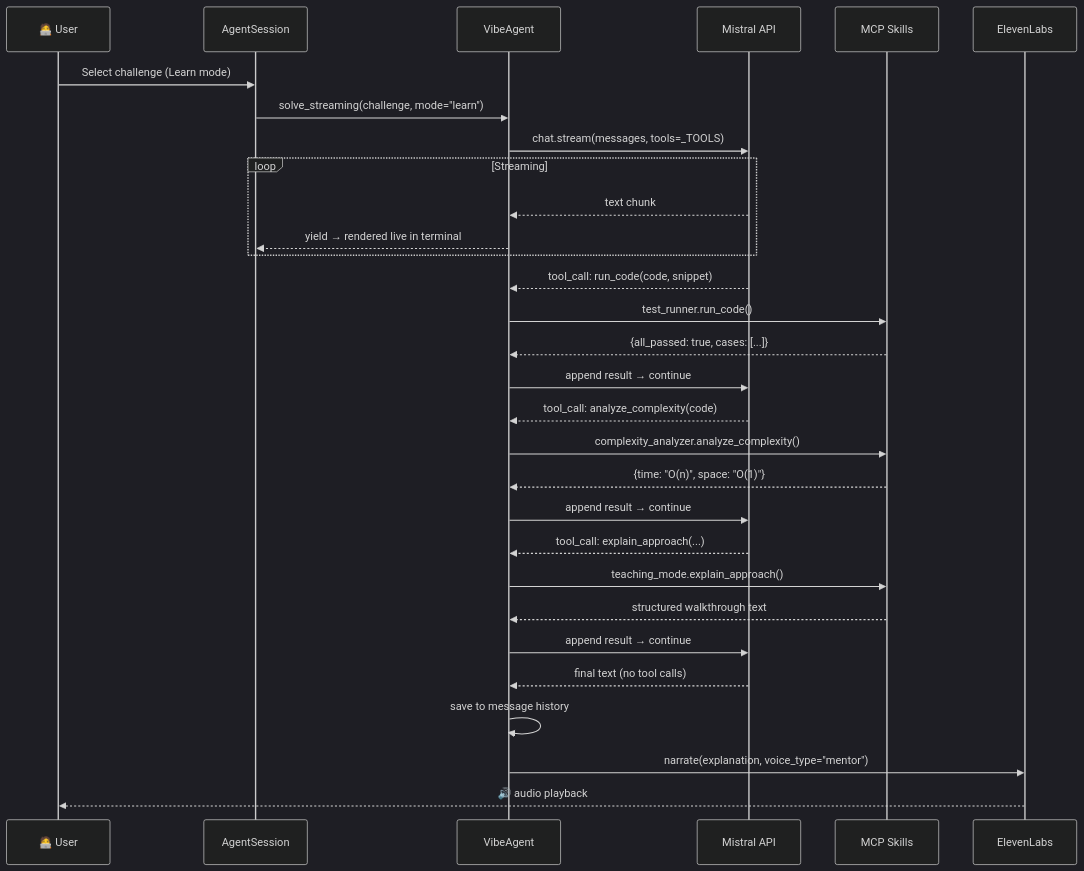
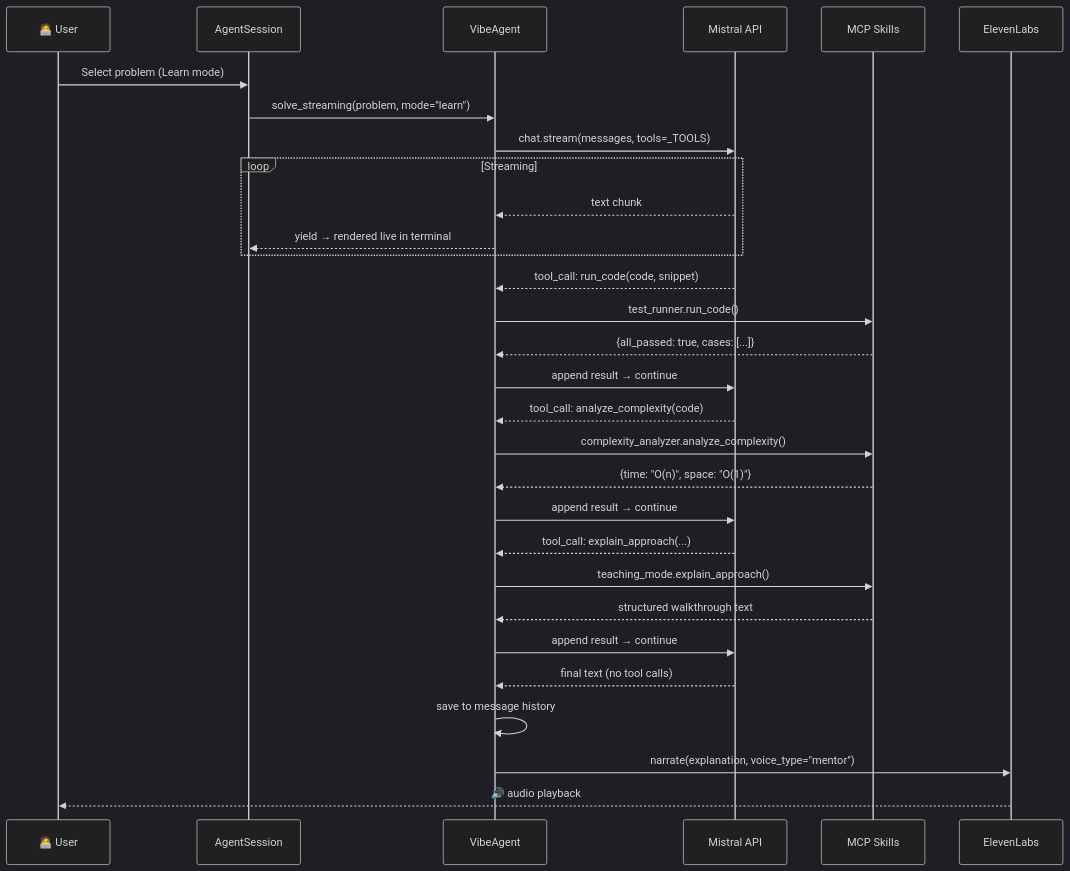
Before and after one commit to Hiba-Chaabnia/LeetVibe: the fifth of 7 diagrams in README.md, drawn with Mermaid (dark theme). The commit also changed other lines of this file and 34 other files, not shown here.

````diff
--- a/README.md
+++ b/README.md
@@ -353,38 +353,38 @@
 ```mermaid
 sequenceDiagram
     participant U as 🧑‍💻 User
     participant UI as AgentSession
     participant A as VibeAgent
     participant M as Mistral API
     participant S as MCP Skills
     participant EL as ElevenLabs
 
-    U->>UI: Select challenge (Learn mode)
-    UI->>A: solve_streaming(challenge, mode="learn")
+    U->>UI: Select problem (Learn mode)
+    UI->>A: solve_streaming(problem, mode="learn")
     A->>M: chat.stream(messages, tools=_TOOLS)
 
     loop Streaming
         M-->>A: text chunk
         A-->>UI: yield → rendered live in terminal
     end
 
     M-->>A: tool_call: run_code(code, snippet)
     A->>S: test_runner.run_code()
     S-->>A: {all_passed: true, cases: [...]}
     A->>M: append result → continue
 
     M-->>A: tool_call: analyze_complexity(code)
     A->>S: complexity_analyzer.analyze_complexity()
     S-->>A: {time: "O(n)", space: "O(1)"}
     A->>M: append result → continue
 
     M-->>A: tool_call: explain_approach(...)
     A->>S: teaching_mode.explain_approach()
     S-->>A: structured walkthrough text
     A->>M: append result → continue
 
     M-->>A: final text (no tool calls)
     A->>A: save to message history
     A->>EL: narrate(explanation, voice_type="mentor")
     EL-->>U: 🔊 audio playback
 ```
````
